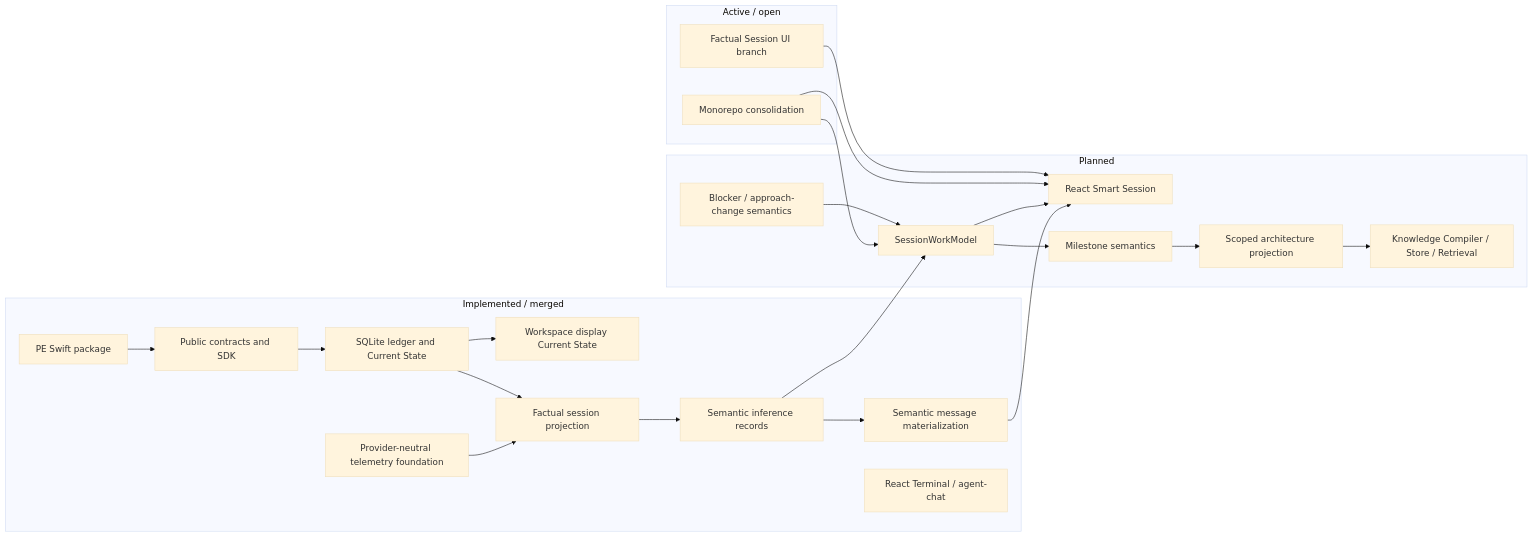
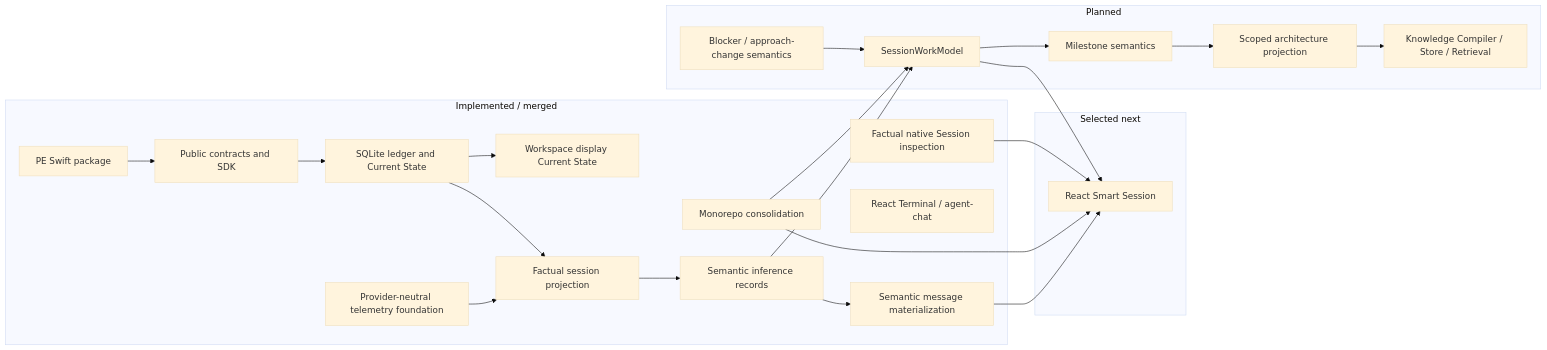
Before and after one commit to BrianBusby/bmux: the diagram in docs/architecture/progress.md, drawn with Mermaid (base theme). The commit also changed other lines of this file and 7 other files, not shown here.

Commit message:
Reconcile Project Truth after factual session view

````diff
--- a/docs/architecture/progress.md
+++ b/docs/architecture/progress.md
@@ -6,39 +6,39 @@
 ```mermaid
 flowchart LR
   subgraph implemented["Implemented / merged"]
     pe_pkg["PE Swift package"]
     local_sdk["Public contracts and SDK"]
     sqlite["SQLite ledger and Current State"]
     workspace["Workspace display Current State"]
     factual["Factual session projection"]
     semantic["Semantic inference records"]
     messages["Semantic message materialization"]
     terminal["React Terminal / agent-chat"]
     telemetry["Provider-neutral telemetry foundation"]
+    monorepo["Monorepo consolidation"]
+    factual_ui["Factual native Session inspection"]
   end
 
-  subgraph active["Active / open"]
-    monorepo["Monorepo consolidation"]
-    factual_ui["Factual Session UI branch"]
+  subgraph selected["Selected next"]
+    smart["React Smart Session"]
   end
 
   subgraph planned["Planned"]
-    smart["React Smart Session"]
     swm["SessionWorkModel"]
     milestone["Milestone semantics"]
     blocker["Blocker / approach-change semantics"]
     architecture["Scoped architecture projection"]
     knowledge["Knowledge Compiler / Store / Retrieval"]
   end
 
   telemetry --> factual
   pe_pkg --> local_sdk --> sqlite --> workspace
   sqlite --> factual --> semantic --> messages
   messages --> smart
   semantic --> swm --> smart
   monorepo --> smart
   monorepo --> swm
   factual_ui --> smart
   swm --> milestone --> architecture --> knowledge
   blocker --> swm
 ```
````
